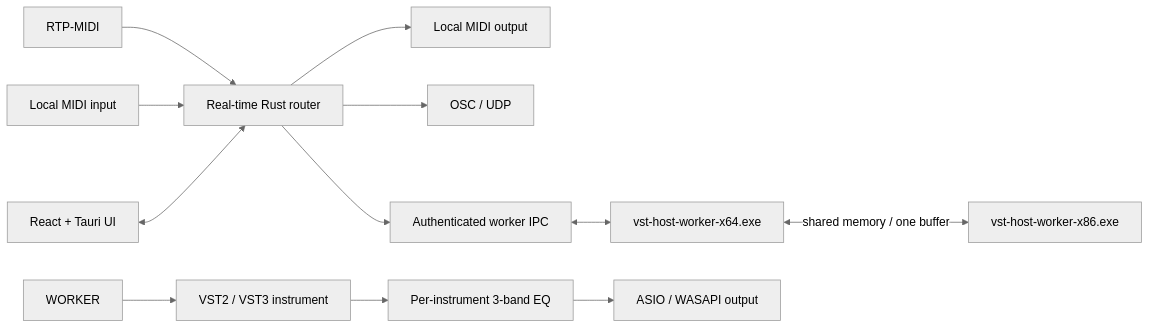
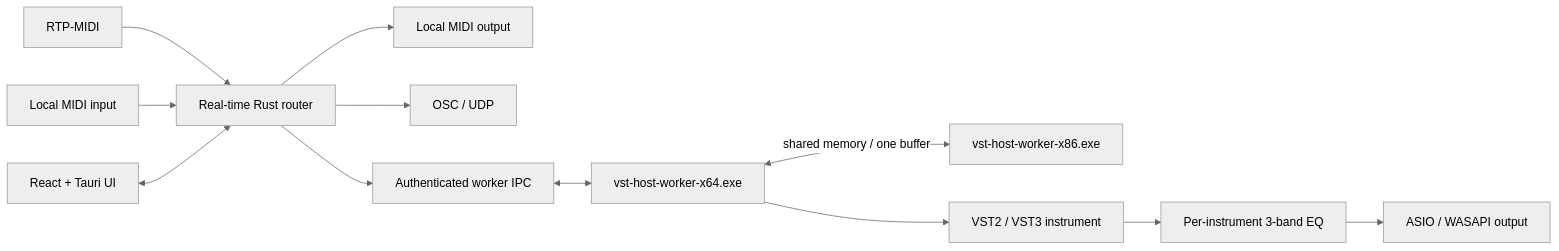
Before and after one commit to GoulagmanYt/RTP-OSC-Midi-tool: the diagram in README.md, drawn with Mermaid (neutral theme). The commit also changed other lines of this file and 27 other files, not shown here.

````diff
--- a/README.md
+++ b/README.md
@@ -81,16 +79,16 @@
 ```mermaid
 flowchart LR
     RTP[RTP-MIDI] --> ROUTER[Real-time Rust router]
     MIDI[Local MIDI input] --> ROUTER
     UI[React + Tauri UI] <--> ROUTER
 
     ROUTER --> THRU[Local MIDI output]
     ROUTER --> OSC[OSC / UDP]
     ROUTER --> IPC[Authenticated worker IPC]
 
     IPC <--> WORKER64[vst-host-worker-x64.exe]
     WORKER64 <-- shared memory / one buffer --> WORKER32[vst-host-worker-x86.exe]
-    WORKER --> VST[VST2 / VST3 instrument]
+    WORKER64 --> VST[VST2 / VST3 instrument]
     VST --> EQ[Per-instrument 3-band EQ]
     EQ --> AUDIO[ASIO / WASAPI output]
 ```
````
